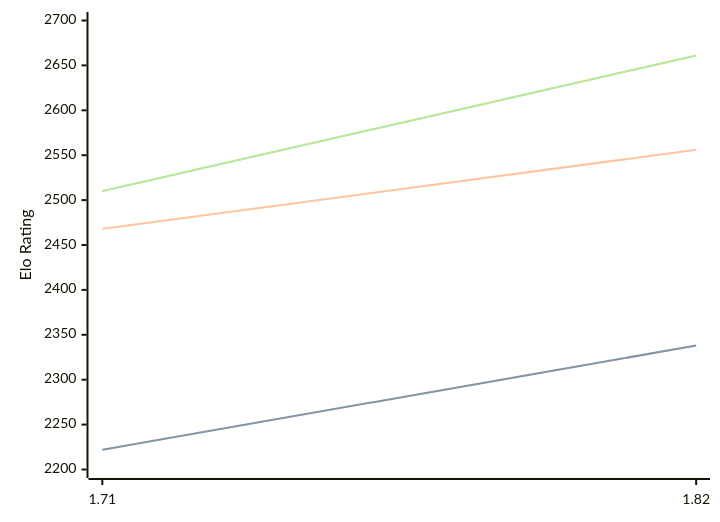
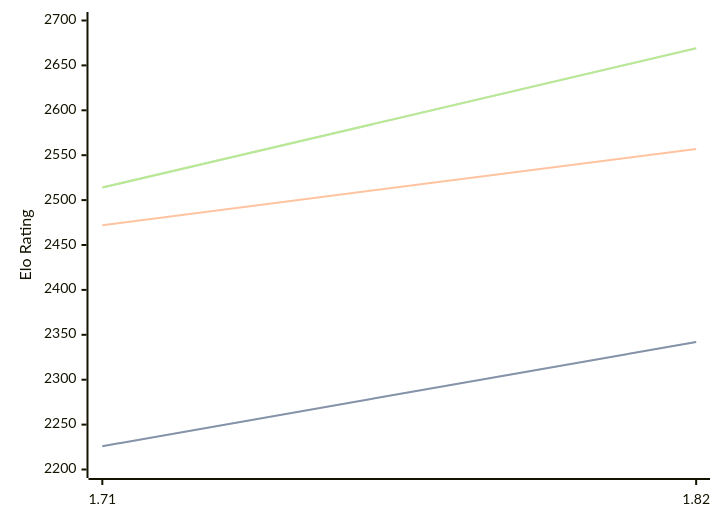
The diagram in engines/Amira.md (computer-chess-index/cci), drawn with Mermaid before and after one commit. The commit also changed other lines of this file, not shown here.

Commit message:
Update CCI Ratings (ELO VLTC) - 2026-04-18

````diff
--- a/engines/Amira.md
+++ b/engines/Amira.md
@@ -35,11 +35,11 @@
 ```mermaid
 %%{init: {"theme":"base","themeVariables":{"seriesColors:['#a3a3a3','#222221','#faa371']}}}%%
 xychart-beta
   x-axis ["1.71", "1.82"]
   y-axis "Elo Rating" 2200 --> 2700
-  line "STC (8.0+0.08s)" [2222, 2338]
-  line "STC (8.0+0.08s)" [2222, 2338]
-  line "LTC (60.0+0.60s)" [2468, 2556]
-  line "VLTC (2m24s+1.12s)" [2510, 2661]
-  line "VLTC (2m24s+1.12s)" [2510, 2661]
+  line "STC (8.0+0.08s)" [2226, 2342]
+  line "STC (8.0+0.08s)" [2226, 2342]
+  line "LTC (60.0+0.60s)" [2472, 2557]
+  line "VLTC (2m24s+1.12s)" [2514, 2669]
+  line "VLTC (2m24s+1.12s)" [2514, 2669]
 ```
````
